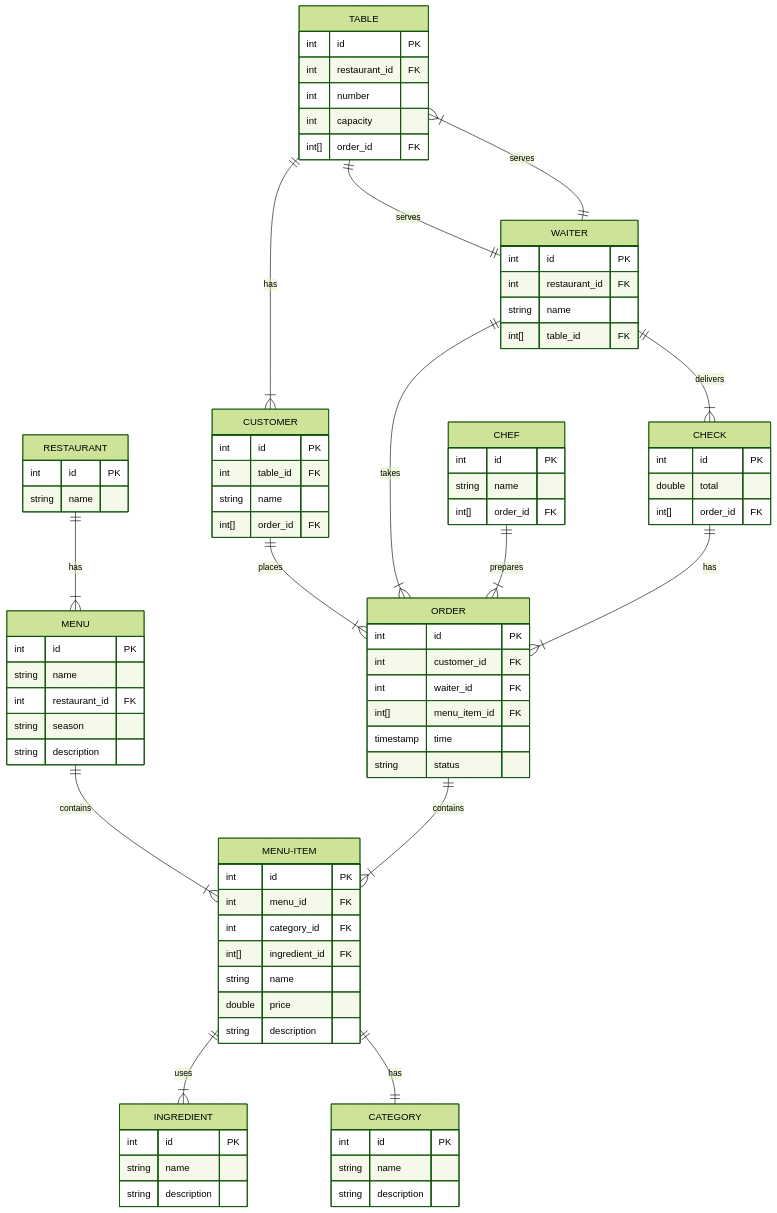
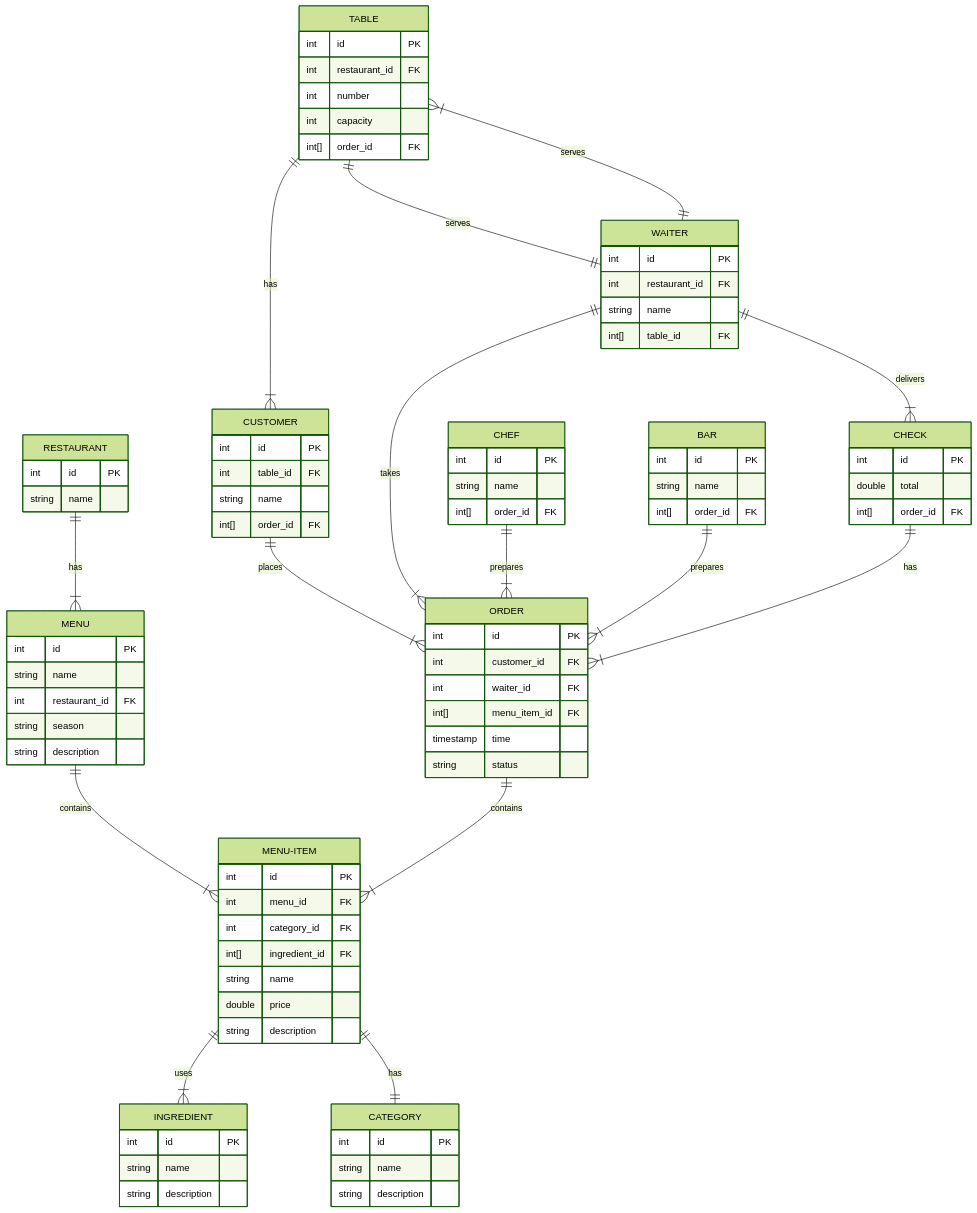
Before and after one commit to wrath-codes/drograria: the second of 2 diagrams in diagram.md, drawn with Mermaid (forest theme). The commit also changed 5 other files, not shown here.

````diff
--- a/diagram.md
+++ b/diagram.md
@@ -26,6 +26,7 @@
         WAITER ||--|{ TABLE : serves
         WAITER ||--|{ CHECK : delivers
         CHEF ||--|{ ORDER : prepares
+        BAR ||--|{ ORDER : prepares
 
 
         RESTAURANT {
@@ -106,4 +107,10 @@
             string name
             int[] order_id FK
         }
+        
+        BAR {
+            int id PK
+            string name
+            int[] order_id FK
+        }
     ```
````
